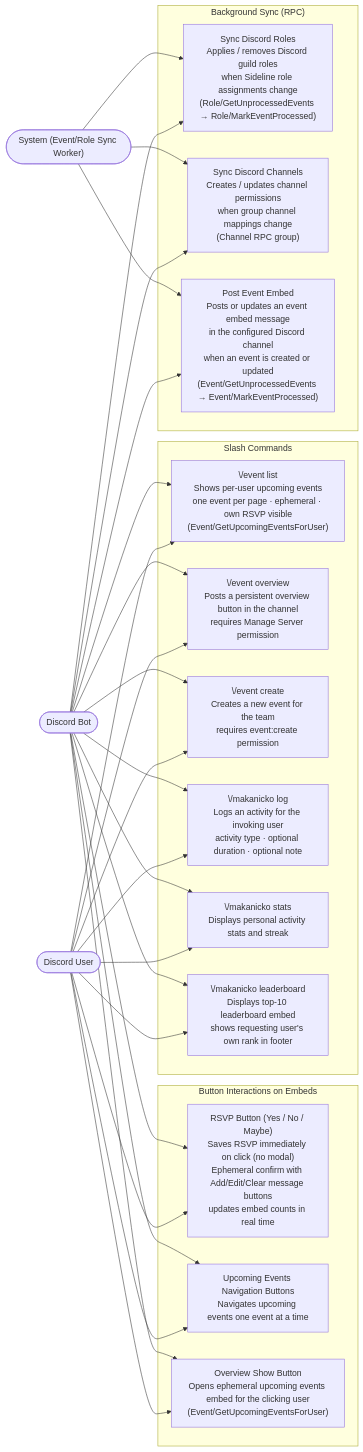
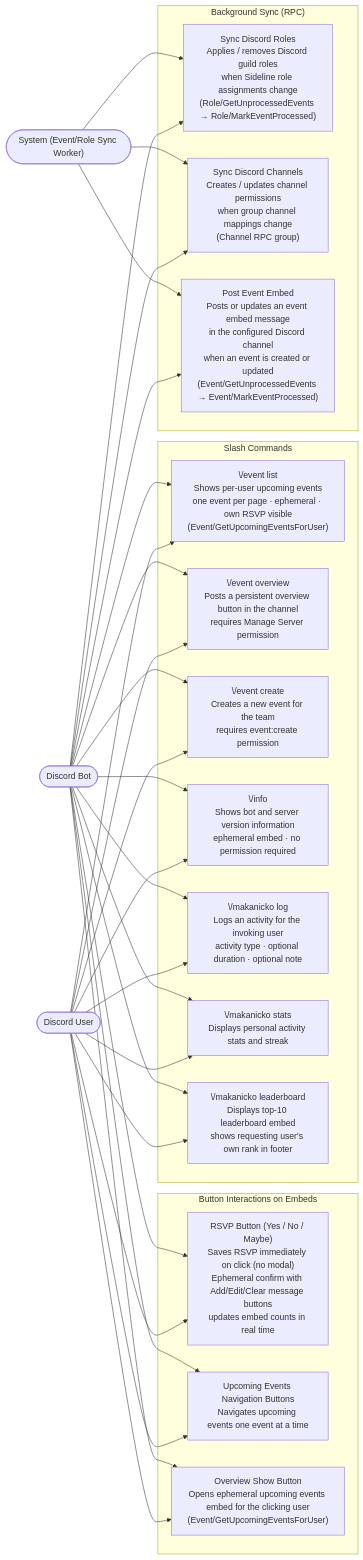
Before and after one commit to maxa-ondrej/sideline: the ninth of 9 diagrams in docs/thesis/use-cases.md, drawn with Mermaid. The commit also changed other lines of this file and 60 other files, not shown here.

First line of the commit message:
feat: show versions in web settings and add /info bot command

````diff
--- a/docs/thesis/use-cases.md
+++ b/docs/thesis/use-cases.md
@@ -473,54 +475,57 @@
 ```mermaid
 flowchart LR
     DU(["Discord User"])
     BOT(["Discord Bot"])
     SYS(["System (Event/Role Sync Worker)"])
 
     subgraph SLASH["Slash Commands"]
         UC_EVT_LIST["\/event list\nShows per-user upcoming events\none event per page · ephemeral · own RSVP visible\n(Event/GetUpcomingEventsForUser)"]
         UC_EVT_OVERVIEW["\/event overview\nPosts a persistent overview button in the channel\nrequires Manage Server permission"]
         UC_EVT_CREATE["\/event create\nCreates a new event for the team\nrequires event:create permission"]
+        UC_INFO["\/info\nShows bot and server version information\nephemeral embed · no permission required"]
         UC_MAK_LOG["\/makanicko log\nLogs an activity for the invoking user\nactivity type · optional duration · optional note"]
         UC_MAK_STATS["\/makanicko stats\nDisplays personal activity stats and streak"]
         UC_MAK_LB["\/makanicko leaderboard\nDisplays top-10 leaderboard embed\nshows requesting user's own rank in footer"]
     end
 
     subgraph BUTTONS["Button Interactions on Embeds"]
         UC_BTN_RSVP["RSVP Button (Yes / No / Maybe)\nSaves RSVP immediately on click (no modal)\nEphemeral confirm with Add/Edit/Clear message buttons\nupdates embed counts in real time"]
         UC_BTN_PAGE["Upcoming Events Navigation Buttons\nNavigates upcoming events one event at a time"]
         UC_BTN_OVERVIEW_SHOW["Overview Show Button\nOpens ephemeral upcoming events embed for the clicking user\n(Event/GetUpcomingEventsForUser)"]
     end
 
     subgraph SYNC["Background Sync (RPC)"]
         UC_SYNC_ROLES["Sync Discord Roles\nApplies / removes Discord guild roles\nwhen Sideline role assignments change\n(Role/GetUnprocessedEvents → Role/MarkEventProcessed)"]
         UC_SYNC_CHANNELS["Sync Discord Channels\nCreates / updates channel permissions\nwhen group channel mappings change\n(Channel RPC group)"]
         UC_POST_EMBED["Post Event Embed\nPosts or updates an event embed message\nin the configured Discord channel\nwhen an event is created or updated\n(Event/GetUnprocessedEvents → Event/MarkEventProcessed)"]
     end
 
     DU --> UC_EVT_LIST
     DU --> UC_EVT_OVERVIEW
     DU --> UC_EVT_CREATE
+    DU --> UC_INFO
     DU --> UC_MAK_LOG
     DU --> UC_MAK_STATS
     DU --> UC_MAK_LB
     DU --> UC_BTN_RSVP
     DU --> UC_BTN_PAGE
     DU --> UC_BTN_OVERVIEW_SHOW
 
     BOT --> UC_EVT_LIST
     BOT --> UC_EVT_OVERVIEW
     BOT --> UC_EVT_CREATE
+    BOT --> UC_INFO
     BOT --> UC_MAK_LOG
     BOT --> UC_MAK_STATS
     BOT --> UC_MAK_LB
     BOT --> UC_BTN_RSVP
     BOT --> UC_BTN_PAGE
     BOT --> UC_BTN_OVERVIEW_SHOW
     BOT --> UC_SYNC_ROLES
     BOT --> UC_SYNC_CHANNELS
     BOT --> UC_POST_EMBED
 
     SYS --> UC_SYNC_ROLES
     SYS --> UC_SYNC_CHANNELS
     SYS --> UC_POST_EMBED
 ```
````
